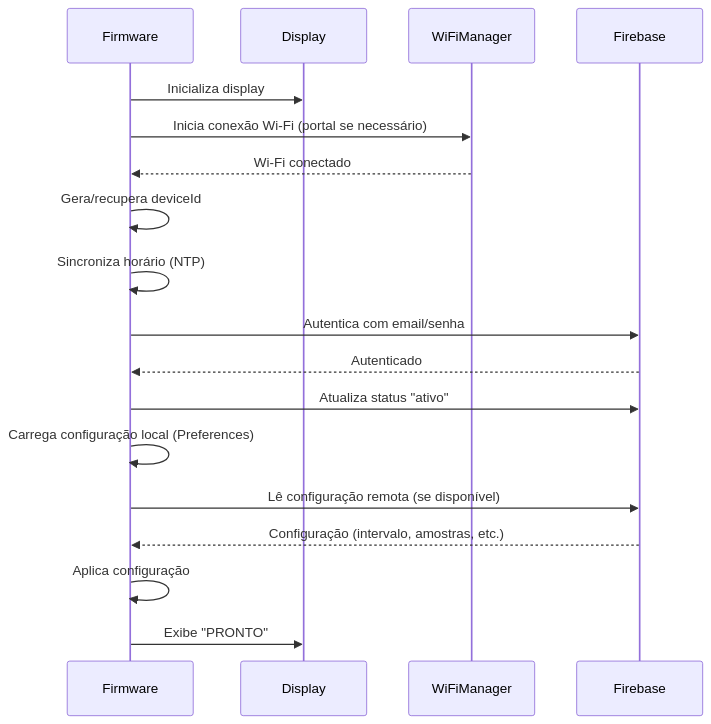
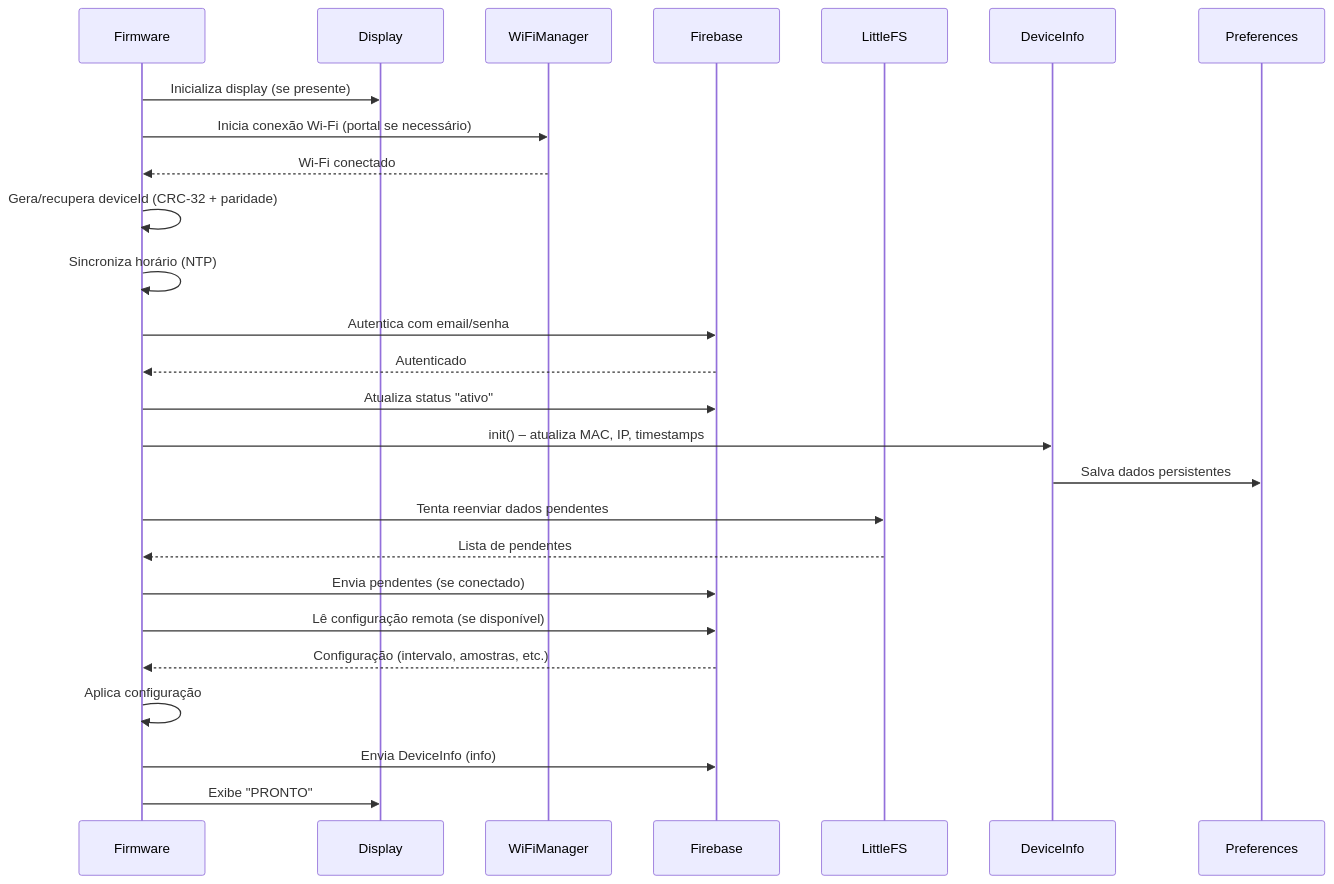
Before and after one commit to tecbudo/niveltec: the second of 8 diagrams in README.md, drawn with Mermaid. The commit also changed other lines of this file, not shown here.

Commit message:
atualiza  README.md

````diff
--- a/README.md
+++ b/README.md
@@ -100,21 +222,28 @@
 ```mermaid
 sequenceDiagram
     participant Firmware
     participant Display
     participant WiFiManager
     participant Firebase
+    participant LittleFS
+    participant DeviceInfo
 
-    Firmware->>Display: Inicializa display
+    Firmware->>Display: Inicializa display (se presente)
     Firmware->>WiFiManager: Inicia conexão Wi-Fi (portal se necessário)
     WiFiManager-->>Firmware: Wi-Fi conectado
-    Firmware->>Firmware: Gera/recupera deviceId
+    Firmware->>Firmware: Gera/recupera deviceId (CRC‑32 + paridade)
     Firmware->>Firmware: Sincroniza horário (NTP)
     Firmware->>Firebase: Autentica com email/senha
     Firebase-->>Firmware: Autenticado
     Firmware->>Firebase: Atualiza status "ativo"
-    Firmware->>Firmware: Carrega configuração local (Preferences)
+    Firmware->>DeviceInfo: init() – atualiza MAC, IP, timestamps
+    DeviceInfo->>Preferences: Salva dados persistentes
+    Firmware->>LittleFS: Tenta reenviar dados pendentes
+    LittleFS-->>Firmware: Lista de pendentes
+    Firmware->>Firebase: Envia pendentes (se conectado)
     Firmware->>Firebase: Lê configuração remota (se disponível)
     Firebase-->>Firmware: Configuração (intervalo, amostras, etc.)
     Firmware->>Firmware: Aplica configuração
+    Firmware->>Firebase: Envia DeviceInfo (info)
     Firmware->>Display: Exibe "PRONTO"
 ```
````
